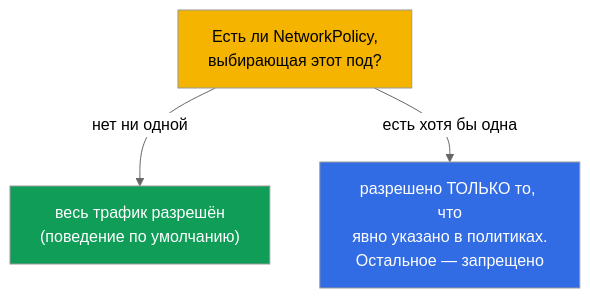
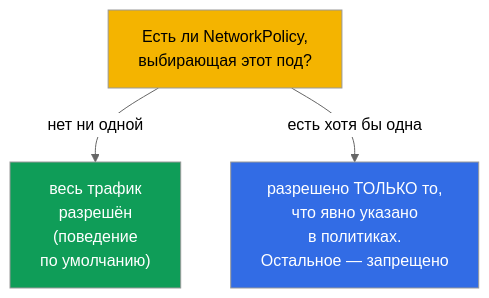
Before and after one commit to ViktorUJ/cks: the second of 6 diagrams in tasks/cka/course/34/ru.md, drawn with Mermaid (neutral theme). The commit also changed other lines of this file and 30 other files, not shown here.

````diff
--- a/tasks/cka/course/34/ru.md
+++ b/tasks/cka/course/34/ru.md
@@ -41,9 +40,9 @@
 ```mermaid
 flowchart TB
     q["Есть ли NetworkPolicy,<br>выбирающая этот под?"]
-    q -->|"нет ни одной"| all["весь трафик разрешён<br>(поведение по умолчанию)"]
-    q -->|"есть хотя бы одна"| restricted["разрешено ТОЛЬКО то, что<br>явно указано в политиках.<br>Остальное — запрещено"]
+    q -->|"нет ни одной"| all["весь трафик<br>разрешён<br>(поведение<br>по умолчанию)"]
+    q -->|"есть хотя бы одна"| restricted["разрешено ТОЛЬКО то,<br>что явно указано<br>в политиках.<br>Остальное — запрещено"]
     style q fill:#f4b400,color:#000
     style all fill:#0f9d58,color:#fff
     style restricted fill:#326ce5,color:#fff
 ```
````
